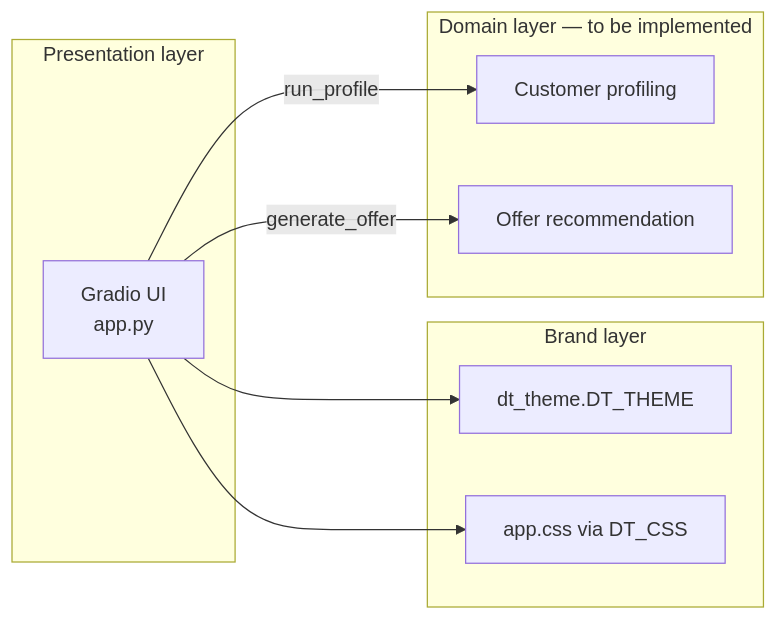
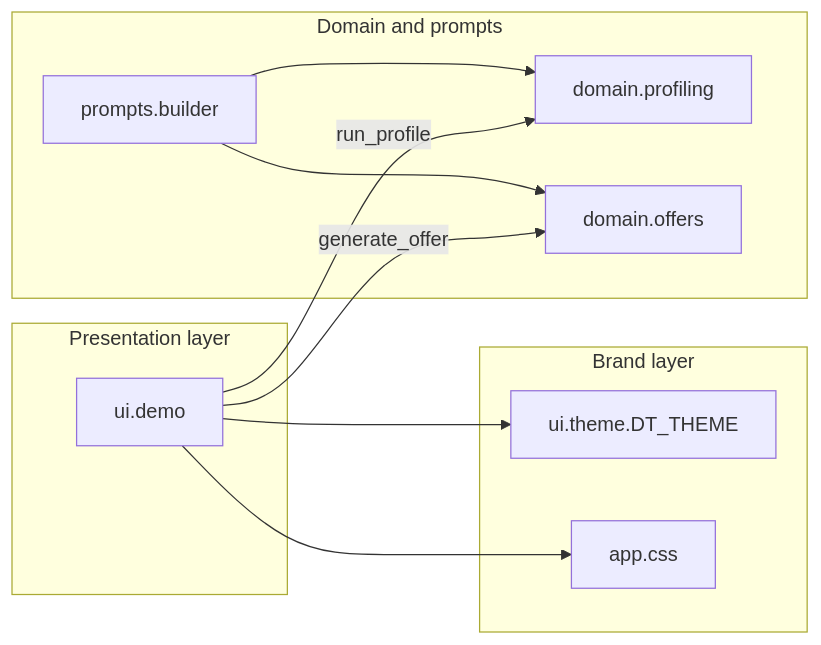
One commit to ehajnik/telekom-personal-plan-recommender changed the diagram in README.md. Above: the diagram before and after it, drawn with Mermaid. The commit also changed other lines of this file and 1 other file, not shown here.

````diff
--- a/README.md
+++ b/README.md
@@ -113,21 +150,24 @@
 ```mermaid
 flowchart LR
   subgraph presentation [Presentation layer]
-    UI[Gradio UI\napp.py]
+    UI[ui.demo]
   end
 
   subgraph branding [Brand layer]
-    Theme[dt_theme.DT_THEME]
-    CSS[app.css via DT_CSS]
+    Theme[ui.theme.DT_THEME]
+    CSS[app.css]
   end
 
-  subgraph domain [Domain layer — to be implemented]
-    Profile[Customer profiling]
-    Offer[Offer recommendation]
+  subgraph domain [Domain and prompts]
+    Builder[prompts.builder]
+    Profile[domain.profiling]
+    Offer[domain.offers]
   end
 
   UI --> Theme
   UI --> CSS
   UI -->|run_profile| Profile
   UI -->|generate_offer| Offer
+  Builder --> Profile
+  Builder --> Offer
 ```
````
